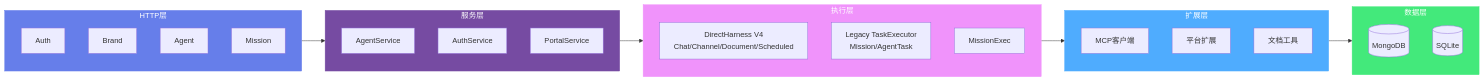
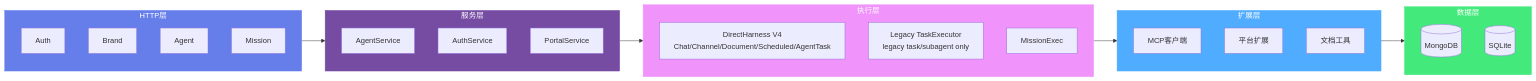
Before and after one commit to jsjm1986/AGIME: the first of 2 diagrams in docs/TEAM_SERVER.md, drawn with Mermaid. The commit also changed other lines of this file and 12 other files, not shown here.

Commit message:
Migrate AgentTask execution to Harness V4

````diff
--- a/docs/TEAM_SERVER.md
+++ b/docs/TEAM_SERVER.md
@@ -9,40 +9,40 @@
 ```mermaid
 graph LR
     subgraph HTTP["HTTP层"]
         Auth[Auth]
         Brand[Brand]
         Agent[Agent]
         Mission[Mission]
     end
 
     subgraph Service["服务层"]
         AgentService[AgentService]
         AuthService[AuthService]
         PortalService[PortalService]
     end
 
     subgraph Execution["执行层"]
-        DirectHarness[DirectHarness V4<br/>Chat/Channel/Document/Scheduled]
-        TaskExecutor[Legacy TaskExecutor<br/>Mission/AgentTask]
+        DirectHarness[DirectHarness V4<br/>Chat/Channel/Document/Scheduled/AgentTask]
+        TaskExecutor[Legacy TaskExecutor<br/>legacy task/subagent only]
         MissionExec[MissionExec]
     end
 
     subgraph Extension["扩展层"]
         McpConnector[MCP客户端]
         PlatformRunner[平台扩展]
         DocumentTools[文档工具]
     end
 
     subgraph Data["数据层"]
         MongoDB[(MongoDB)]
         SQLite[(SQLite)]
     end
 
     HTTP --> Service --> Execution --> Extension --> Data
 
     style HTTP fill:#667eea,stroke:#667eea,color:#ffffff
     style Service fill:#764ba2,stroke:#764ba2,color:#ffffff
     style Execution fill:#f093fb,stroke:#f093fb,color:#ffffff
     style Extension fill:#4facfe,stroke:#4facfe,color:#ffffff
     style Data fill:#43e97b,stroke:#43e97b,color:#ffffff
 ```
````
